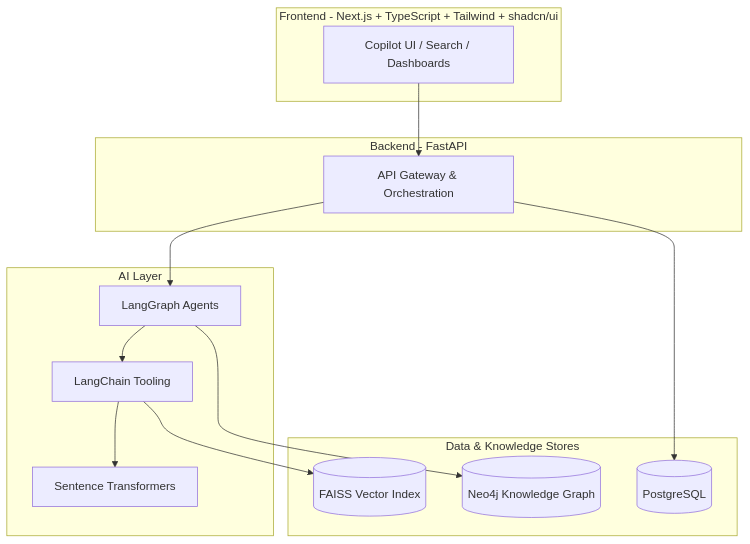
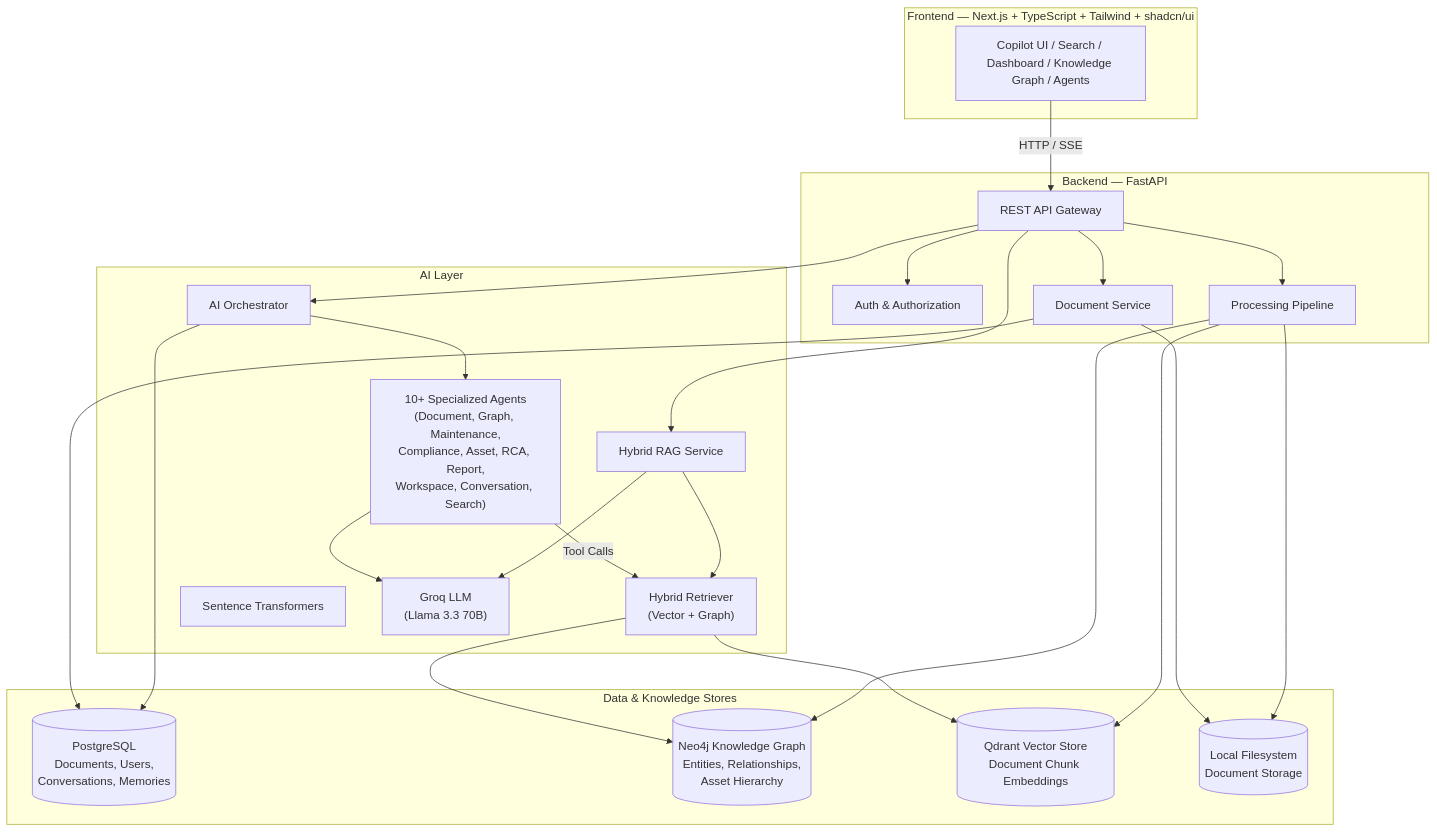
The first of 3 diagrams in README.md (pratapVansh/TRACE), drawn with Mermaid before and after one commit. The commit also changed other lines of this file, not shown here.

````diff
--- a/README.md
+++ b/README.md
@@ -108,30 +45,49 @@
 ```mermaid
 flowchart TB
-    subgraph Client["Frontend - Next.js + TypeScript + Tailwind + shadcn/ui"]
-        UI["Copilot UI / Search / Dashboards"]
+    subgraph Client["Frontend — Next.js + TypeScript + Tailwind + shadcn/ui"]
+        UI["Copilot UI / Search / Dashboard / Knowledge Graph / Agents"]
     end
 
-    subgraph API["Backend - FastAPI"]
-        GW["API Gateway & Orchestration"]
+    subgraph API["Backend — FastAPI"]
+        GW["REST API Gateway"]
+        AUTH["Auth & Authorization"]
+        DOC["Document Service"]
+        PROC["Processing Pipeline"]
     end
 
     subgraph AI["AI Layer"]
-        LG["LangGraph Agents"]
-        LC["LangChain Tooling"]
+        ORCH["AI Orchestrator"]
+        AGENTS["10+ Specialized Agents<br/>(Document, Graph, Maintenance,<br/>Compliance, Asset, RCA, Report,<br/>Workspace, Conversation, Search)"]
+        RAG["Hybrid RAG Service"]
+        RET["Hybrid Retriever<br/>(Vector + Graph)"]
         EMB["Sentence Transformers"]
+        LLM["Groq LLM<br/>(Llama 3.3 70B)"]
     end
 
     subgraph Data["Data & Knowledge Stores"]
-        PG[("PostgreSQL")]
-        NEO[("Neo4j Knowledge Graph")]
-        VEC[("FAISS Vector Index")]
+        PG[("PostgreSQL<br/>Documents, Users,<br/>Conversations, Memories")]
+        NEO[("Neo4j Knowledge Graph<br/>Entities, Relationships,<br/>Asset Hierarchy")]
+        VEC[("Qdrant Vector Store<br/>Document Chunk Embeddings")]
+        FS[("Local Filesystem<br/>Document Storage")]
     end
 
-    UI --> GW
-    GW --> LG
-    LG --> LC
-    LC --> EMB
-    LG --> NEO
-    LC --> VEC
-    GW --> PG
+    UI -->|HTTP / SSE| GW
+    GW --> AUTH
+    GW --> DOC
+    GW --> PROC
+    GW --> ORCH
+    GW --> RAG
+    ORCH --> AGENTS
+    AGENTS -->|Tool Calls| RET
+    AGENTS --> LLM
+    RET --> VEC
+    RET --> NEO
+    RAG --> RET
+    RAG --> LLM
+    DOC --> PG
+    DOC --> FS
+    PROC --> FS
+    PROC --> VEC
+    PROC --> NEO
+    ORCH --> PG
 ```
````
